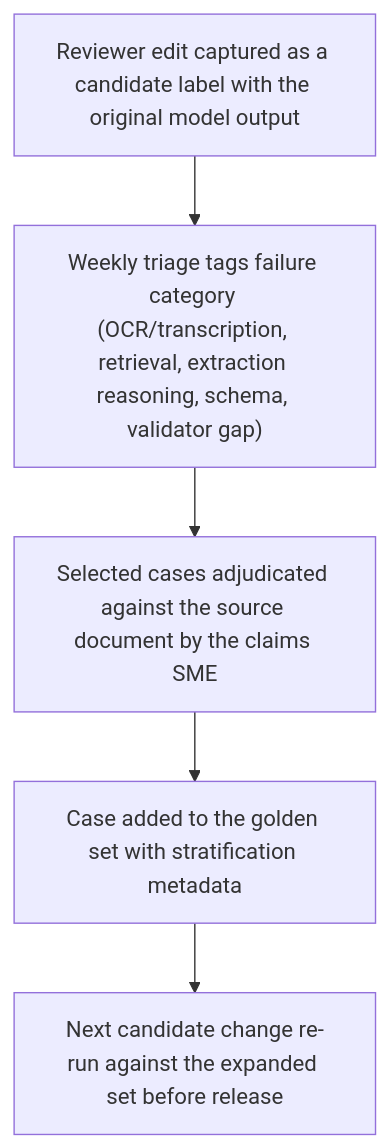
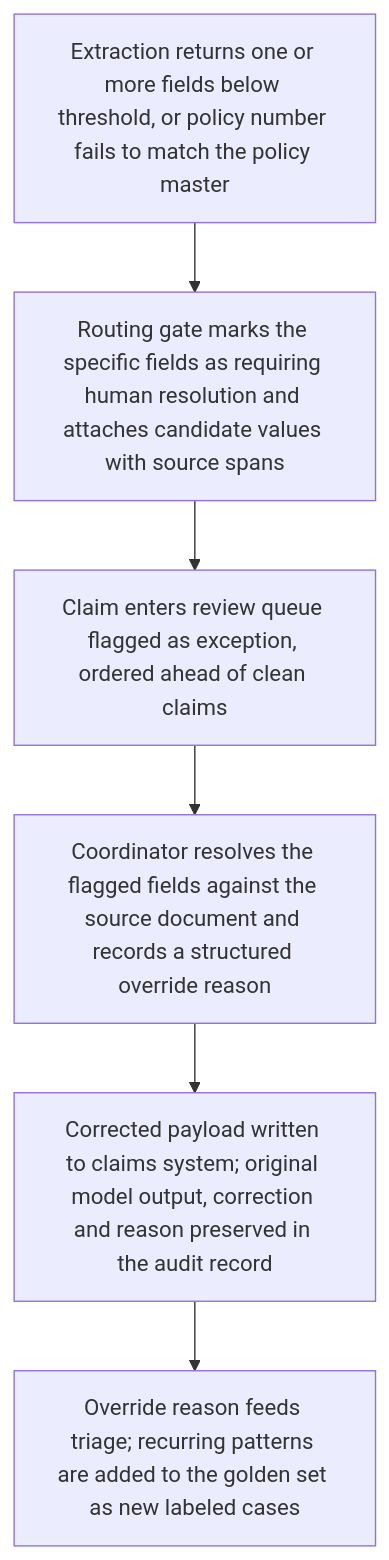
Before and after one commit to shanelabountyai/use-case-studio: the second of 4 diagrams in docs/samples/insurance-fnol-intake.md, drawn with Mermaid. The commit also changed other lines of this file and 3 other files, not shown here.

````diff
--- a/docs/samples/insurance-fnol-intake.md
+++ b/docs/samples/insurance-fnol-intake.md
@@ -94,12 +92,14 @@
 ```mermaid
 flowchart TD
-  n1_0["Reviewer edit captured as a candidate label with the original model output"]
-  n1_1["Weekly triage tags failure category (OCR/transcription, retrieval, extraction reasoning, schema, validator gap)"]
-  n1_2["Selected cases adjudicated against the source document by the claims SME"]
-  n1_3["Case added to the golden set with stratification metadata"]
-  n1_4["Next candidate change re-run against the expanded set before release"]
+  n1_0["Extraction returns one or more fields below threshold, or policy number fails to match the policy master"]
+  n1_1["Routing gate marks the specific fields as requiring human resolution and attaches candidate values with source spans"]
+  n1_2["Claim enters review queue flagged as exception, ordered ahead of clean claims"]
+  n1_3["Coordinator resolves the flagged fields against the source document and records a structured override reason"]
+  n1_4["Corrected payload written to claims system; original model output, correction and reason preserved in the audit record"]
+  n1_5["Override reason feeds triage; recurring patterns are added to the golden set as new labeled cases"]
   n1_0 --> n1_1
   n1_1 --> n1_2
   n1_2 --> n1_3
   n1_3 --> n1_4
+  n1_4 --> n1_5
 ```
````
